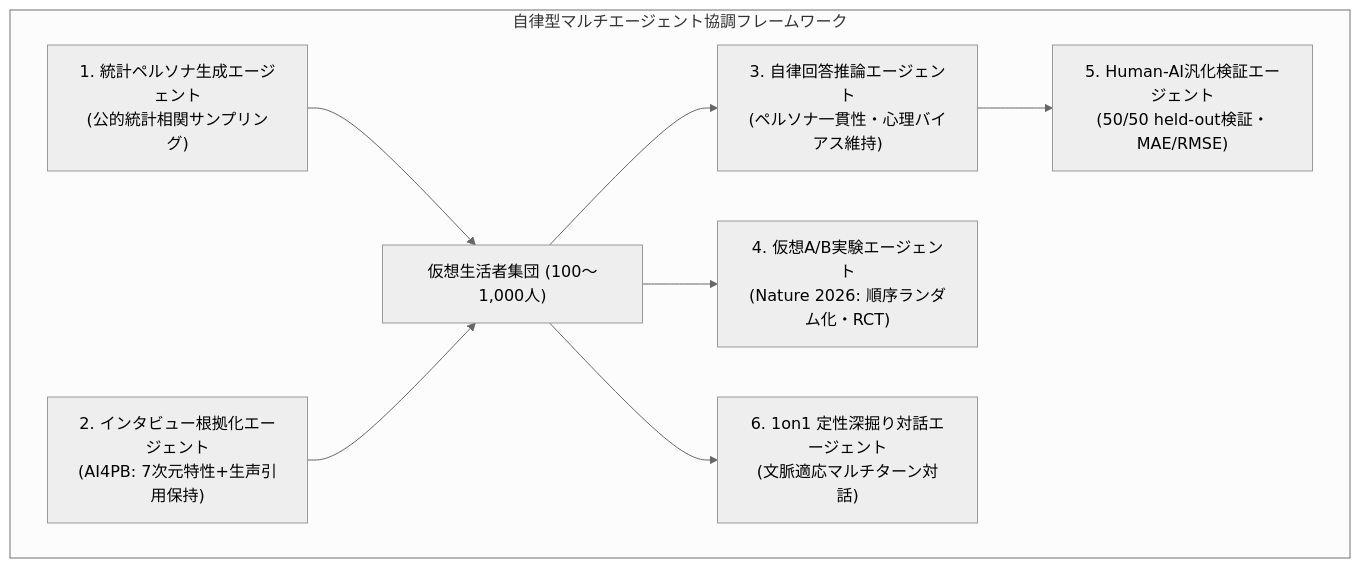
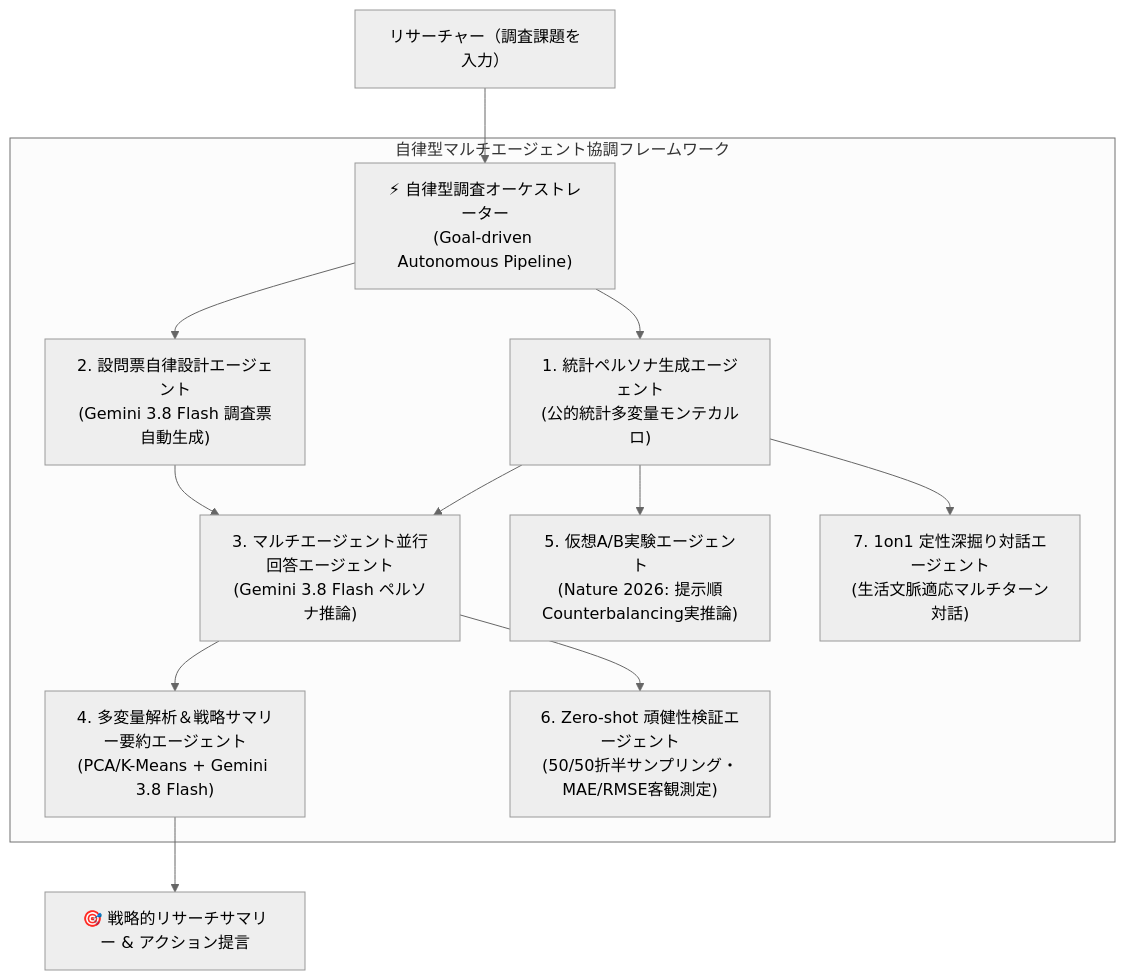
Before and after one commit to otomamayikuyorih/ai-consumer-research-simulator: the diagram in README.md, drawn with Mermaid (neutral theme). The commit also changed other lines of this file and 24 other files, not shown here.

````diff
--- a/README.md
+++ b/README.md
@@ -48,11 +65,14 @@
 ```mermaid
 flowchart TD
+    User["リサーチャー（調査課題を入力）"] --> Orch["⚡ 自律型調査オーケストレーター<br/>(Goal-driven Autonomous Pipeline)"]
     subgraph Agents["自律型マルチエージェント協調フレームワーク"]
-        A1["1. 統計ペルソナ生成エージェント<br/>(公的統計相関サンプリング)"] --> P["仮想生活者集団 (100〜1,000人)"]
-        A2["2. インタビュー根拠化エージェント<br/>(AI4PB: 7次元特性+生声引用保持)"] --> P
-        P --> A3["3. 自律回答推論エージェント<br/>(ペルソナ一貫性・心理バイアス維持)"]
-        P --> A4["4. 仮想A/B実験エージェント<br/>(Nature 2026: 順序ランダム化・RCT)"]
-        P --> A6["6. 1on1 定性深掘り対話エージェント<br/>(文脈適応マルチターン対話)"]
-        A3 --> A5["5. Human-AI汎化検証エージェント<br/>(50/50 held-out検証・MAE/RMSE)"]
+        Orch --> A1["1. 統計ペルソナ生成エージェント<br/>(公的統計多変量モンテカルロ)"]
+        Orch --> A2["2. 設問票自律設計エージェント<br/>(Gemini 3.8 Flash 調査票自動生成)"]
+        A1 & A2 --> A3["3. マルチエージェント並行回答エージェント<br/>(Gemini 3.8 Flash ペルソナ推論)"]
+        A3 --> A4["4. 多変量解析＆戦略サマリー要約エージェント<br/>(PCA/K-Means + Gemini 3.8 Flash)"]
+        A1 --> A5["5. 仮想A/B実験エージェント<br/>(Nature 2026: 提示順Counterbalancing実推論)"]
+        A3 --> A6["6. Zero-shot 頑健性検証エージェント<br/>(50/50折半サンプリング・MAE/RMSE客観測定)"]
+        A1 --> A7["7. 1on1 定性深掘り対話エージェント<br/>(生活文脈適応マルチターン対話)"]
     end
+    A4 --> ExecutiveSummary["🎯 戦略的リサーチサマリー & アクション提言"]
 ```
````
